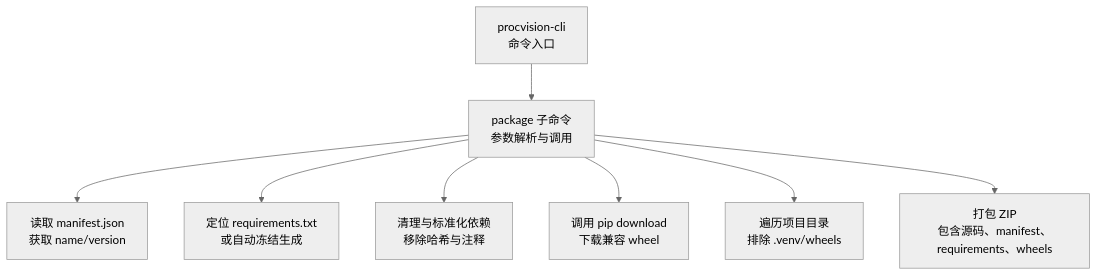
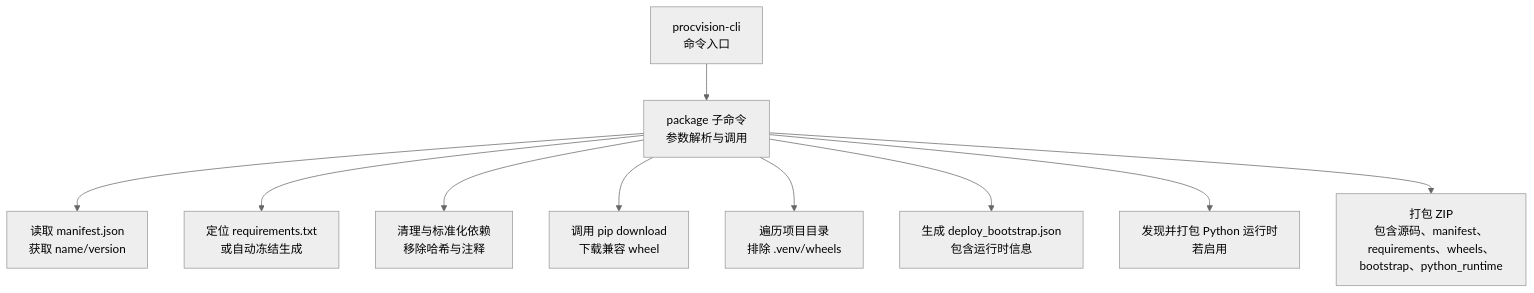
The first of 3 diagrams in .qoder/repowiki/zh/content/CLI工具参考/package 命令.md (knifecaojia/procvision_sdk), drawn with Mermaid (neutral theme) before and after one commit. The commit also changed other lines of this file and 3 other files, not shown here.

First line of the commit message:
refactor(package): embed Python runtime and flatten wiki sync

````diff
--- a/.qoder/repowiki/zh/content/CLI工具参考/package 命令.md
+++ b/.qoder/repowiki/zh/content/CLI工具参考/package 命令.md
@@ -41,10 +49,12 @@
 ```mermaid
 graph TB
 A["procvision-cli<br/>命令入口"] --> B["package 子命令<br/>参数解析与调用"]
 B --> C["读取 manifest.json<br/>获取 name/version"]
 B --> D["定位 requirements.txt<br/>或自动冻结生成"]
 B --> E["清理与标准化依赖<br/>移除哈希与注释"]
 B --> F["调用 pip download<br/>下载兼容 wheel"]
 B --> G["遍历项目目录<br/>排除 .venv/wheels"]
-B --> H["打包 ZIP<br/>包含源码、manifest、requirements、wheels"]
+B --> H["生成 deploy_bootstrap.json<br/>包含运行时信息"]
+B --> I["发现并打包 Python 运行时<br/>若启用"]
+B --> J["打包 ZIP<br/>包含源码、manifest、requirements、wheels、bootstrap、python_runtime"]
 ```
````
